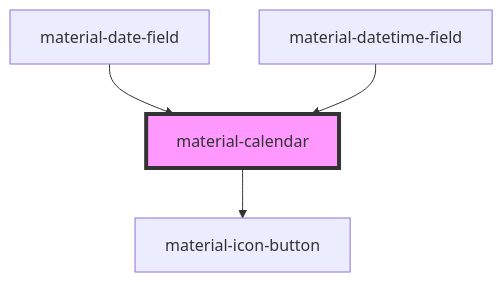
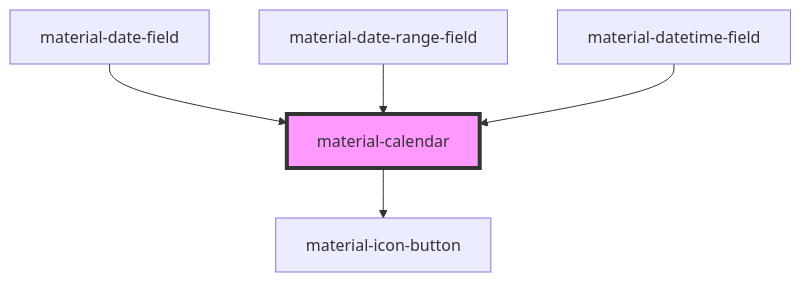
The diagram in src/components/material-calendar/readme.md (RobustaRush/material), drawn with Mermaid before and after one commit. The commit also changed other lines of this file and 11 other files, not shown here.

First line of the commit message:
feat(calendar,date-range-field): range selection + date range picker field

````diff
--- a/src/components/material-calendar/readme.md
+++ b/src/components/material-calendar/readme.md
@@ -50,7 +55,8 @@
 ```mermaid
 graph TD;
   material-calendar --> material-icon-button
   material-date-field --> material-calendar
+  material-date-range-field --> material-calendar
   material-datetime-field --> material-calendar
   style material-calendar fill:#f9f,stroke:#333,stroke-width:4px
 ```
````
